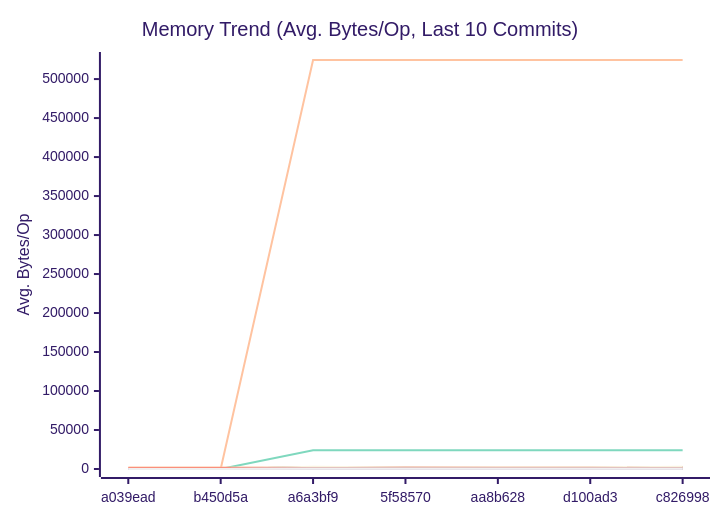
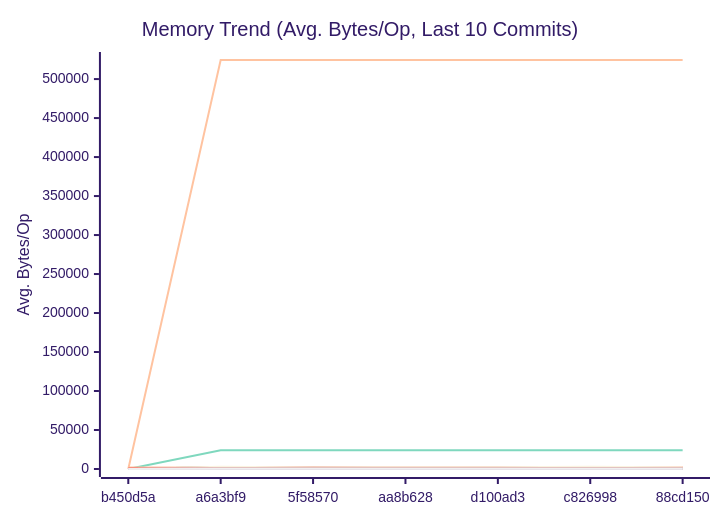
The second of 3 diagrams in docs/PERFORMANCE.md (alsotoes/momo), drawn with Mermaid (forest theme) before and after one commit. The commit also changed other lines of this file and 151 other files, not shown here.

````diff
--- a/docs/PERFORMANCE.md
+++ b/docs/PERFORMANCE.md
@@ -300,42 +300,42 @@
 ```mermaid
 xychart-beta
     title "Memory Trend (Avg. Bytes/Op, Last 10 Commits)"
     x-axis "Commit"
     y-axis "Avg. Bytes/Op"
-    x-axis [a039ead,b450d5a,a6a3bf9,5f58570,aa8b628,d100ad3,c826998]
-    line "AWSChunkedReaderSigned" [134,143,153,142,131,130,147,131,74,125]
-    line "AWSChunkedReaderUnsigned" [142,153,162,145,130,120,153,135,74,112]
+    x-axis [b450d5a,a6a3bf9,5f58570,aa8b628,d100ad3,c826998,88cd150]
+    line "AWSChunkedReaderSigned" [143,153,142,131,130,147,131,74,125,105]
+    line "AWSChunkedReaderUnsigned" [153,162,145,130,120,153,135,74,112,108]
     line "CheckMetricsAndSwap" [0,0,0,0,0,0,0,0,0,0]
     line "CrushOptimized" [0,0,0,0,0,0,0,0,0,0]
     line "CrushOriginal" [164,164,164,164,164,164,164,164,164,164]
-    line "FormatListObjectsV2XML_AppendFormat" [0,0,524440,524442,524457,524463,524446,524454,524505,524477]
-    line "FormatListObjectsV2XML_OldFormat" [0,0,24000,24000,24000,24000,24000,24000,24000,24000]
-    line "HashBytes/1MiB" [0,0,356,303,257,324,307,303,180,267]
-    line "HashBytes/256MiB" [0,0,301,330,286,242,249,275,156,201]
-    line "HashBytes/64MiB" [0,0,351,280,291,300,306,306,169,238]
-    line "HashFile/1MiB" [0,0,305,271,267,261,261,261,152,222]
-    line "HashFile/256MiB" [0,0,298,291,174,252,283,277,161,242]
-    line "HashFile/64MiB" [0,0,332,283,240,221,273,250,155,239]
+    line "FormatListObjectsV2XML_AppendFormat" [0,524440,524442,524457,524463,524446,524454,524505,524477,524470]
+    line "FormatListObjectsV2XML_OldFormat" [0,24000,24000,24000,24000,24000,24000,24000,24000,24000]
+    line "HashBytes/1MiB" [0,356,303,257,324,307,303,180,267,275]
+    line "HashBytes/256MiB" [0,301,330,286,242,249,275,156,201,247]
+    line "HashBytes/64MiB" [0,351,280,291,300,306,306,169,238,228]
+    line "HashFile/1MiB" [0,305,271,267,261,261,261,152,222,241]
+    line "HashFile/256MiB" [0,298,291,174,252,283,277,161,242,258]
+    line "HashFile/64MiB" [0,332,283,240,221,273,250,155,239,200]
     line "IndexDirectTracking" [0,0,0,0,0,0,0,0,0,0]
     line "IndexSearch" [0,0,0,0,0,0,0,0,0,0]
-    line "LoadGlobalConfig" [1848,1848,1976,1976,1976,1976,1976,1976,1976,1976]
-    line "LocalWrite/1MiB" [0,0,2714,1959,1683,2004,2716,1034,1217,1691]
-    line "LocalWrite/256MiB" [0,0,2563,2177,2270,2223,2404,2222,1422,1646]
-    line "LocalWrite/64MiB" [0,0,2789,1880,2221,2158,2776,2232,1512,1973]
+    line "LoadGlobalConfig" [1848,1976,1976,1976,1976,1976,1976,1976,1976,1976]
+    line "LocalWrite/1MiB" [0,2714,1959,1683,2004,2716,1034,1217,1691,1967]
+    line "LocalWrite/256MiB" [0,2563,2177,2270,2223,2404,2222,1422,1646,1959]
+    line "LocalWrite/64MiB" [0,2789,1880,2221,2158,2776,2232,1512,1973,2038]
     line "PadString" [64,64,64,64,64,64,64,64,64,64]
     line "ParseReplicationOrder_NoPrealloc" [408,408,408,408,408,248,248,248,248,248]
     line "ParseReplicationOrder_Prealloc" [240,240,240,240,240,80,80,80,80,80]
-    line "Placement" [0,0,352,352,352,352,352,352,352,352]
-    line "PlacementDomainSpread" [0,0,352,352,352,352,352,352,352,352]
-    line "ReadVerify/1MiB" [0,0,316,252,237,270,284,342,157,178]
-    line "ReadVerify/256MiB" [0,0,322,287,256,268,303,291,160,208]
-    line "ReadVerify/64MiB" [0,0,316,322,241,295,322,283,141,182]
-    line "S3PutSpool/1MiB" [0,0,287,281,227,254,264,205,129,181]
-    line "S3PutSpool/256MiB" [0,0,254,245,213,271,241,260,133,173]
-    line "S3PutSpool/64MiB" [0,0,222,269,234,286,234,263,133,178]
+    line "Placement" [0,352,352,352,352,352,352,352,352,352]
+    line "PlacementDomainSpread" [0,352,352,352,352,352,352,352,352,352]
+    line "ReadVerify/1MiB" [0,316,252,237,270,284,342,157,178,241]
+    line "ReadVerify/256MiB" [0,322,287,256,268,303,291,160,208,176]
+    line "ReadVerify/64MiB" [0,316,322,241,295,322,283,141,182,186]
+    line "S3PutSpool/1MiB" [0,287,281,227,254,264,205,129,181,259]
+    line "S3PutSpool/256MiB" [0,254,245,213,271,241,260,133,173,246]
+    line "S3PutSpool/64MiB" [0,222,269,234,286,234,263,133,178,228]
     line "SanitizeLog/Safe" [0,0,0,0,0,0,0,0,0,0]
     line "SanitizeLog/Unsafe" [704,704,704,704,704,704,704,704,704,704]
-    line "TrustedRead/1MiB" [0,0,297,289,226,325,241,291,135,243]
-    line "TrustedRead/256MiB" [0,0,283,315,219,242,305,231,134,212]
-    line "TrustedRead/64MiB" [0,0,308,244,238,322,299,233,144,186]
+    line "TrustedRead/1MiB" [0,297,289,226,325,241,291,135,243,157]
+    line "TrustedRead/256MiB" [0,283,315,219,242,305,231,134,212,170]
+    line "TrustedRead/64MiB" [0,308,244,238,322,299,233,144,186,164]
 ```
````
